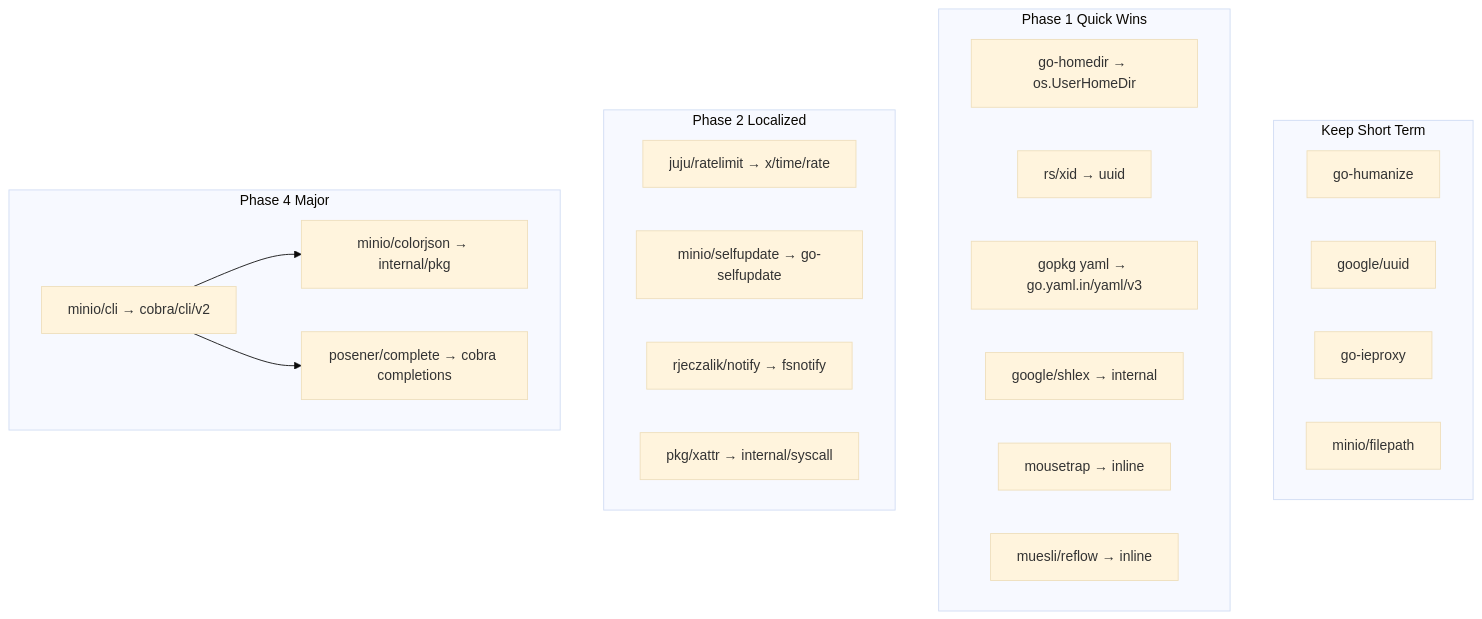
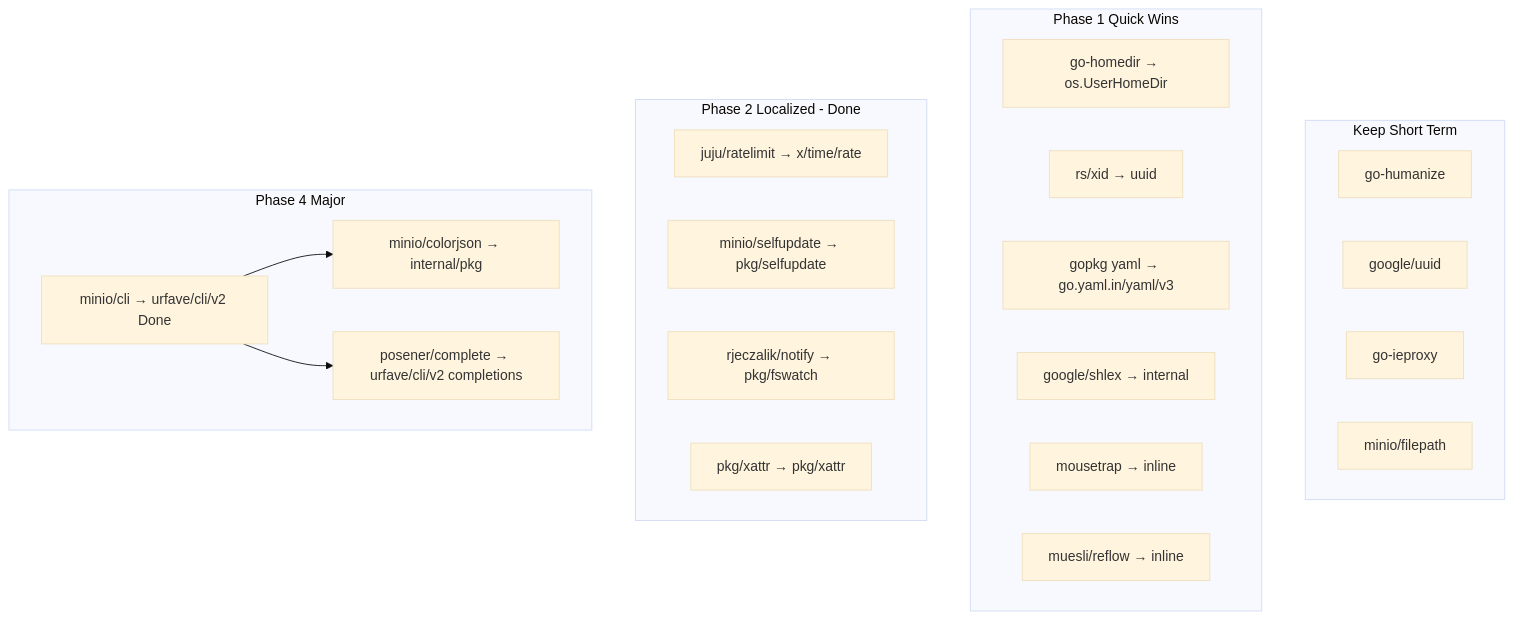
Before and after one commit to delta592/mc: the diagram in DEP_PLAN.md, drawn with Mermaid (base theme). The commit also changed other lines of this file, not shown here.

First line of the commit message:
docs(dep): mark minio/cli migration complete in DEP_PLAN

````diff
--- a/DEP_PLAN.md
+++ b/DEP_PLAN.md
@@ -335,34 +112,34 @@
 ```mermaid
 flowchart TD
     subgraph keep [Keep Short Term]
         humanize[go-humanize]
         uuid[google/uuid]
         ieproxy[go-ieproxy]
         miniofilepath[minio/filepath]
     end
 
     subgraph phase1 [Phase 1 Quick Wins]
         homedir[go-homedir → os.UserHomeDir]
         xid[rs/xid → uuid]
         yaml[gopkg yaml → go.yaml.in/yaml/v3]
         shlex[google/shlex → internal]
         mousetrap[mousetrap → inline]
         reflow[muesli/reflow → inline]
     end
 
-    subgraph phase2 [Phase 2 Localized]
+    subgraph phase2 [Phase 2 Localized - Done]
         ratelimit[juju/ratelimit → x/time/rate]
-        selfupdate[minio/selfupdate → go-selfupdate]
-        notify[rjeczalik/notify → fsnotify]
-        xattr[pkg/xattr → internal/syscall]
+        selfupdate[minio/selfupdate → pkg/selfupdate]
+        notify[rjeczalik/notify → pkg/fswatch]
+        xattr[pkg/xattr → pkg/xattr]
     end
 
     subgraph phase4 [Phase 4 Major]
-        cli[minio/cli → cobra/cli/v2]
+        cli[minio/cli → urfave/cli/v2 Done]
         colorjson[minio/colorjson → internal/pkg]
-        complete[posener/complete → cobra completions]
+        complete[posener/complete → urfave/cli/v2 completions]
     end
 
     cli --> colorjson
     cli --> complete
 ```
````
